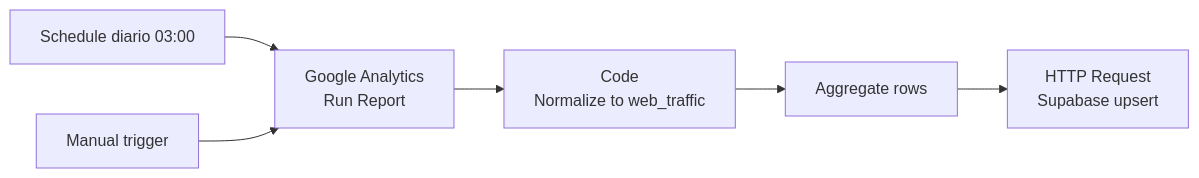
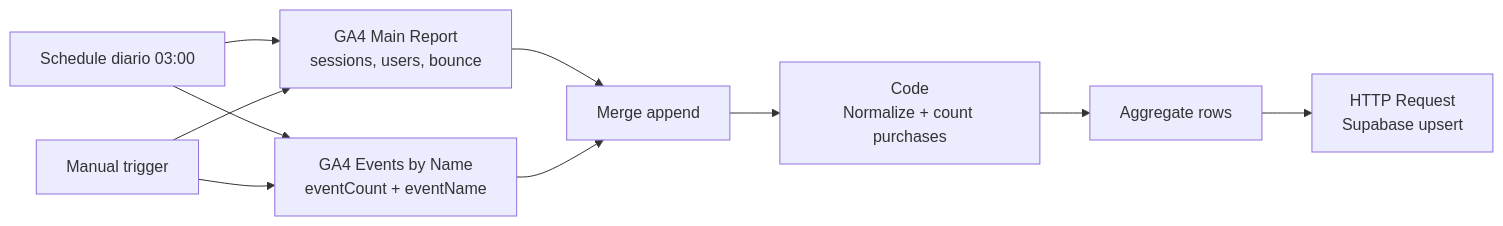
Before and after one commit to dsabena-byte/Dashboard-Mkt: the diagram in docs/n8n-ga4-setup.md, drawn with Mermaid. The commit also changed other lines of this file and 1 other file, not shown here.

````diff
--- a/docs/n8n-ga4-setup.md
+++ b/docs/n8n-ga4-setup.md
@@ -8,8 +8,12 @@
 ```mermaid
 flowchart LR
-  CRON[Schedule diario 03:00] --> GA4[Google Analytics<br/>Run Report]
-  MANUAL[Manual trigger] --> GA4
-  GA4 --> NORM[Code<br/>Normalize to web_traffic]
+  CRON[Schedule diario 03:00] --> MAIN[GA4 Main Report<br/>sessions, users, bounce]
+  CRON --> EVENTS[GA4 Events by Name<br/>eventCount + eventName]
+  MANUAL[Manual trigger] --> MAIN
+  MANUAL --> EVENTS
+  MAIN --> MERGE[Merge append]
+  EVENTS --> MERGE
+  MERGE --> NORM[Code<br/>Normalize + count purchases]
   NORM --> AGG[Aggregate rows]
   AGG --> SUPA[HTTP Request<br/>Supabase upsert]
 ```
````
